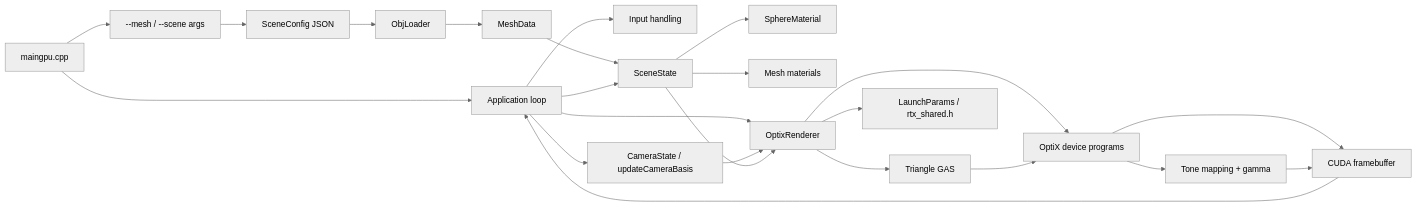
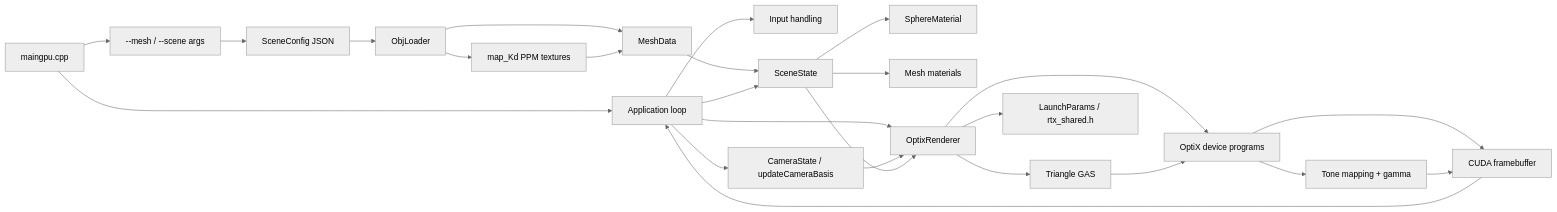
Before and after one commit to Tundraws/RayTracer: the first of 4 diagrams in RayTracerRTX/docs/architecture.md, drawn with Mermaid (neutral theme). The commit also changed other lines of this file and 22 other files, not shown here.

Commit message:
feat: support obj diffuse textures

````diff
--- a/RayTracerRTX/docs/architecture.md
+++ b/RayTracerRTX/docs/architecture.md
@@ -9,25 +9,27 @@
 ```mermaid
 flowchart LR
     Main["maingpu.cpp"] --> App["Application loop"]
     Main --> Args["--mesh / --scene args"]
     Args --> SceneConfig["SceneConfig JSON"]
     App --> Input["Input handling"]
     App --> Camera["CameraState / updateCameraBasis"]
     SceneConfig --> ObjLoader
     ObjLoader["ObjLoader"] --> MeshData["MeshData"]
+    ObjLoader --> Textures["map_Kd PPM textures"]
+    Textures --> MeshData
     MeshData --> Scene
     App --> Scene["SceneState"]
     Scene --> Materials["SphereMaterial"]
     Scene --> MeshMaterials["Mesh materials"]
     App --> Renderer["OptixRenderer"]
     Camera --> Renderer
     Scene --> Renderer
     Renderer --> TriangleGAS["Triangle GAS"]
     Renderer --> Shared["LaunchParams / rtx_shared.h"]
     Renderer --> Device["OptiX device programs"]
     TriangleGAS --> Device
     Device --> Framebuffer["CUDA framebuffer"]
     Device --> Post["Tone mapping + gamma"]
     Post --> Framebuffer
     Framebuffer --> App
 ```
````
